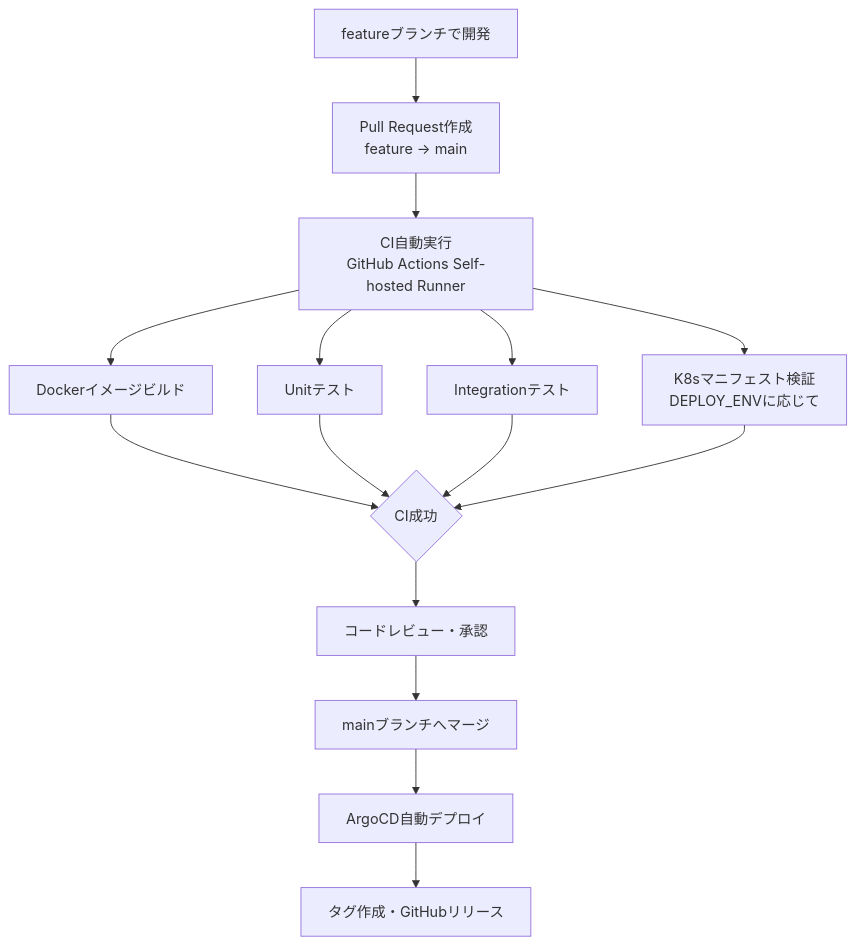
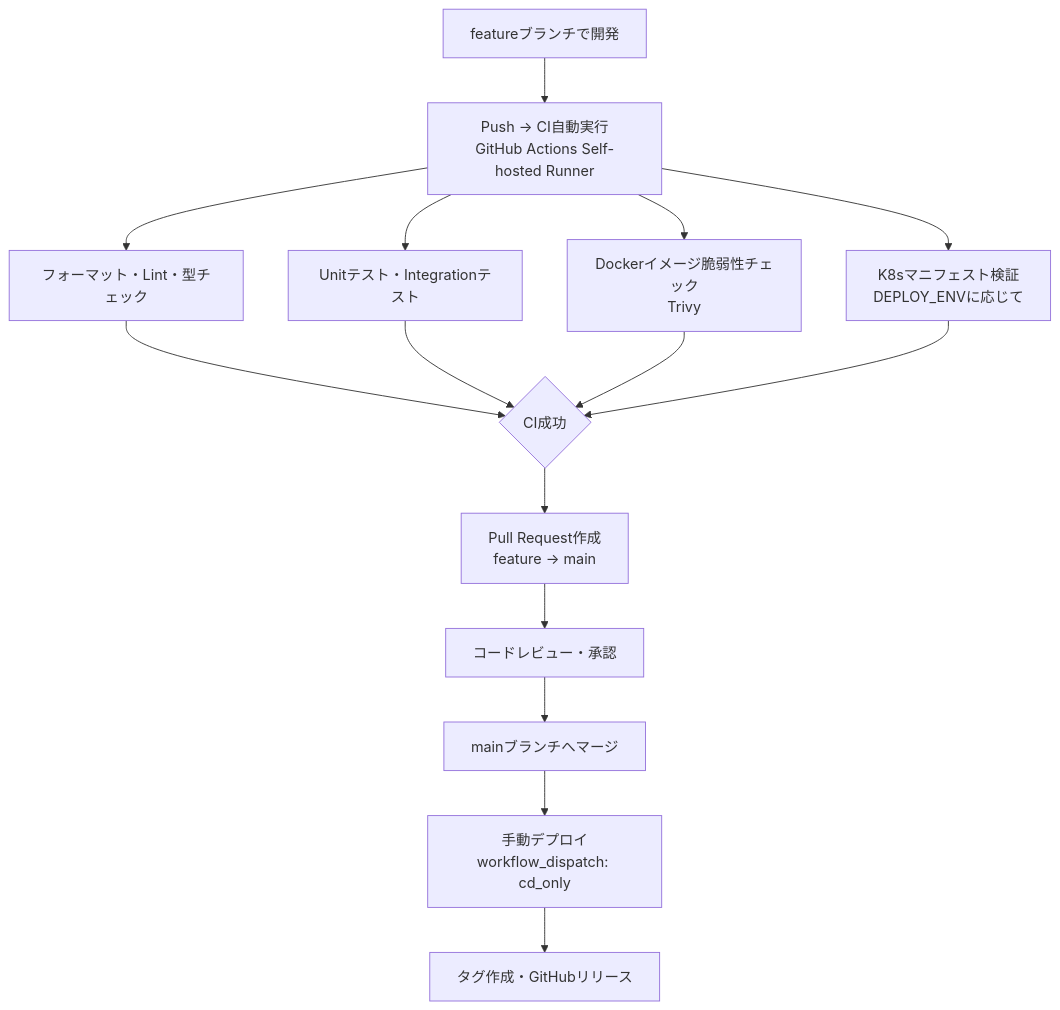
The diagram in docs/operations/release_procedure.md (redmine54/ai_chat), drawn with Mermaid before and after one commit. The commit also changed other lines of this file and 13 other files, not shown here.

````diff
--- a/docs/operations/release_procedure.md
+++ b/docs/operations/release_procedure.md
@@ -8,14 +8,14 @@
 ```mermaid
 flowchart TD
-    A[featureブランチで開発] --> B[Pull Request作成\nfeature → main]
-    B --> C[CI自動実行\nGitHub Actions Self-hosted Runner]
-    C --> C1[Dockerイメージビルド]
-    C --> C2[Unitテスト]
-    C --> C3[Integrationテスト]
-    C --> C4[K8sマニフェスト検証\nDEPLOY_ENVに応じて]
+    A[featureブランチで開発] --> B[Push → CI自動実行\nGitHub Actions Self-hosted Runner]
+    B --> C1[フォーマット・Lint・型チェック]
+    B --> C2[Unitテスト・Integrationテスト]
+    B --> C3[Dockerイメージ脆弱性チェック\nTrivy]
+    B --> C4[K8sマニフェスト検証\nDEPLOY_ENVに応じて]
     C1 & C2 & C3 & C4 --> D{CI成功}
-    D --> E[コードレビュー・承認]
-    E --> F[mainブランチへマージ]
-    F --> G[ArgoCD自動デプロイ]
-    G --> H[タグ作成・GitHubリリース]
+    D --> E[Pull Request作成\nfeature → main]
+    E --> F[コードレビュー・承認]
+    F --> G[mainブランチへマージ]
+    G --> H[手動デプロイ\nworkflow_dispatch: cd_only]
+    H --> I[タグ作成・GitHubリリース]
 ```
````
